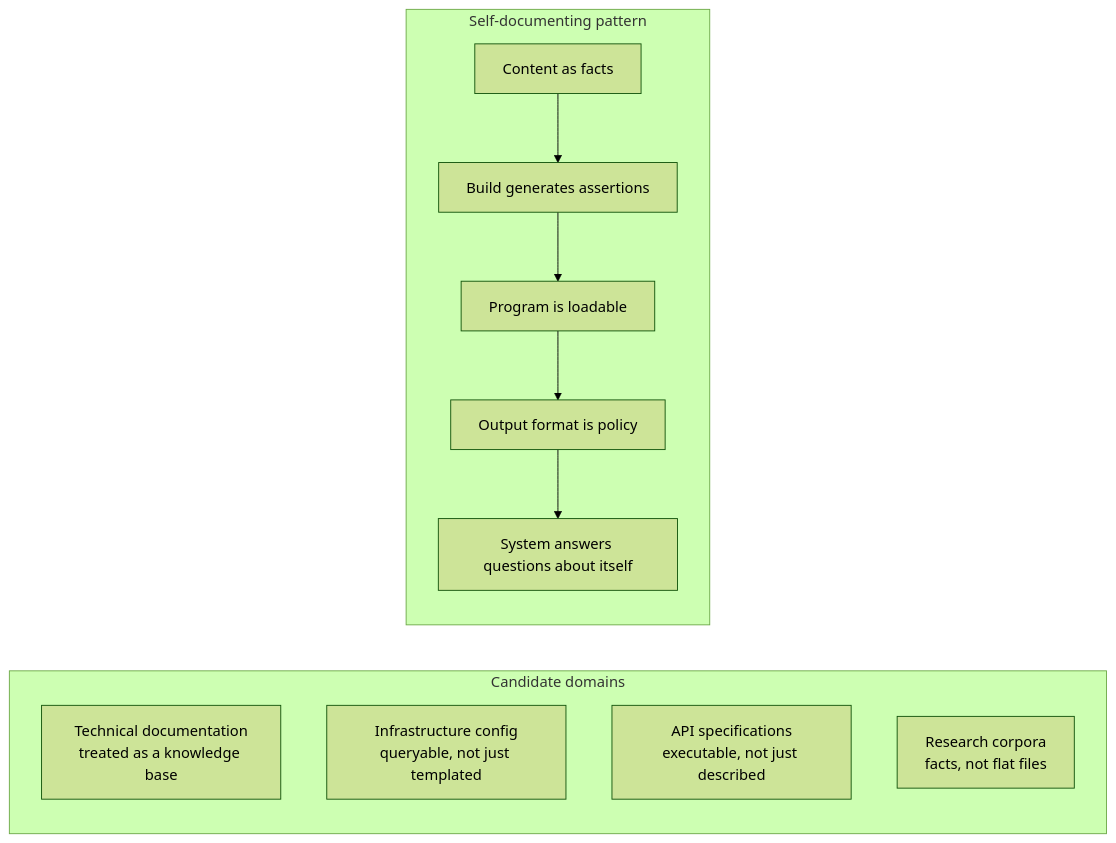
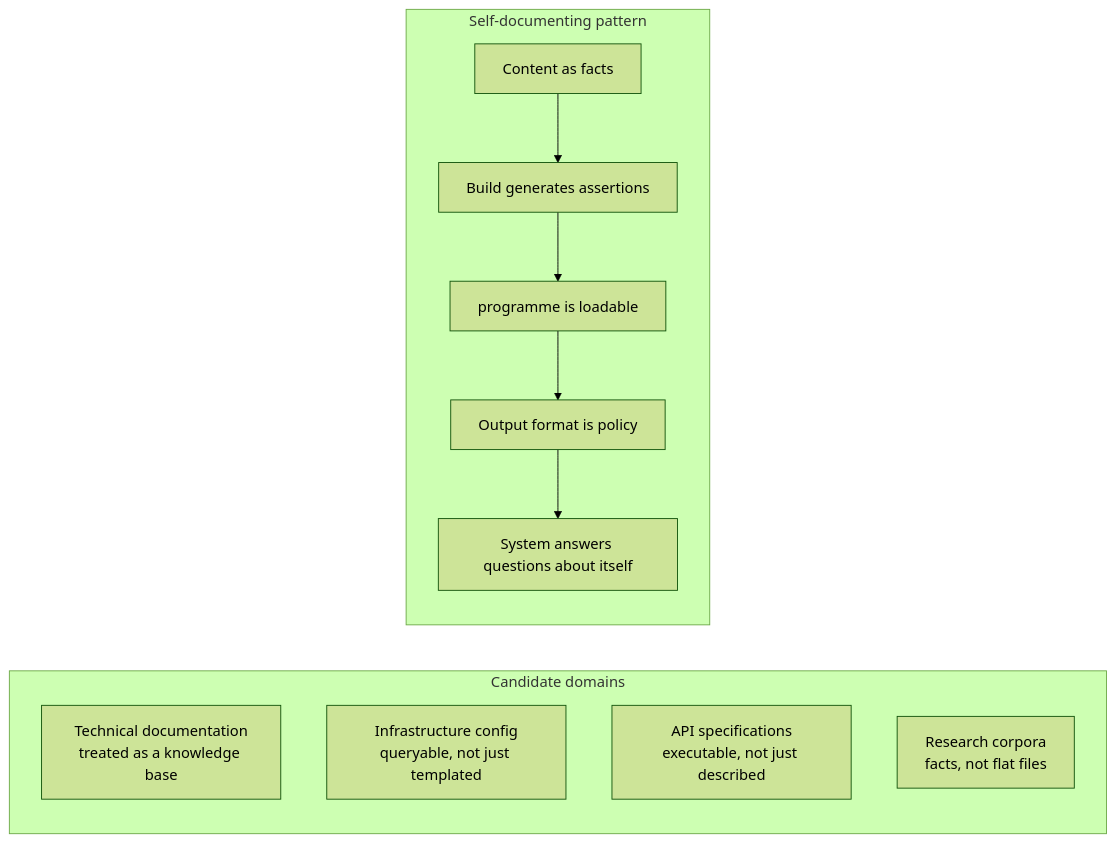
Before and after one commit to denzuko/dwightspencer.com: the third of 3 diagrams in hugo/content/posts/10-three-runtimes-one-site.md, drawn with Mermaid (forest theme). The commit also changed other lines of this file and 20 other files, not shown here.

````diff
--- a/hugo/content/posts/10-three-runtimes-one-site.md
+++ b/hugo/content/posts/10-three-runtimes-one-site.md
@@ -199,16 +199,16 @@
 ```mermaid
 graph LR
     subgraph "Candidate domains"
         D1[Technical documentation<br/>treated as a knowledge base]
         D2[Infrastructure config<br/>queryable, not just templated]
         D3[API specifications<br/>executable, not just described]
         D4[Research corpora<br/>facts, not flat files]
     end
 
     subgraph "Self-documenting pattern"
         P1[Content as facts] --> P2[Build generates assertions]
-        P2 --> P3[Program is loadable]
+        P2 --> P3[programme is loadable]
         P3 --> P4[Output format is policy]
         P4 --> P5[System answers questions about itself]
     end
 ```
````
